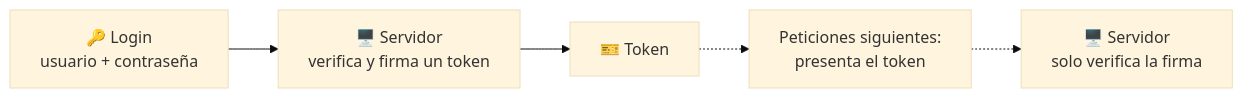
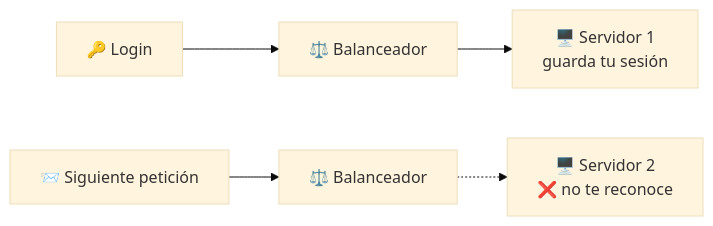
One commit to aitorventura/programacion-servicios-procesos changed the first of 5 diagrams in docs/tema2/autenticacion-jwt.md. Above: the diagram before and after it, drawn with Mermaid (base theme). The commit also changed other lines of this file and 8 other files, not shown here.

````diff
--- a/docs/tema2/autenticacion-jwt.md
+++ b/docs/tema2/autenticacion-jwt.md
@@ -21,7 +21,7 @@
 ```mermaid
 flowchart LR
-    A["🔑 Login<br/>usuario + contraseña"] --> B["🖥️ Servidor<br/>verifica y firma un token"]
-    B --> C["🎫 Token"]
-    C -.-> D["Peticiones siguientes:<br/>presenta el token"]
-    D -.-> E["🖥️ Servidor<br/>solo verifica la firma"]
+    A["🔑 Login"] --> B["⚖️ Balanceador"]
+    B --> C["🖥️ Servidor 1<br/>guarda tu sesión"]
+    D["📨 Siguiente petición"] --> E["⚖️ Balanceador"]
+    E -.-> F["🖥️ Servidor 2<br/>❌ no te reconoce"]
 ```
````
